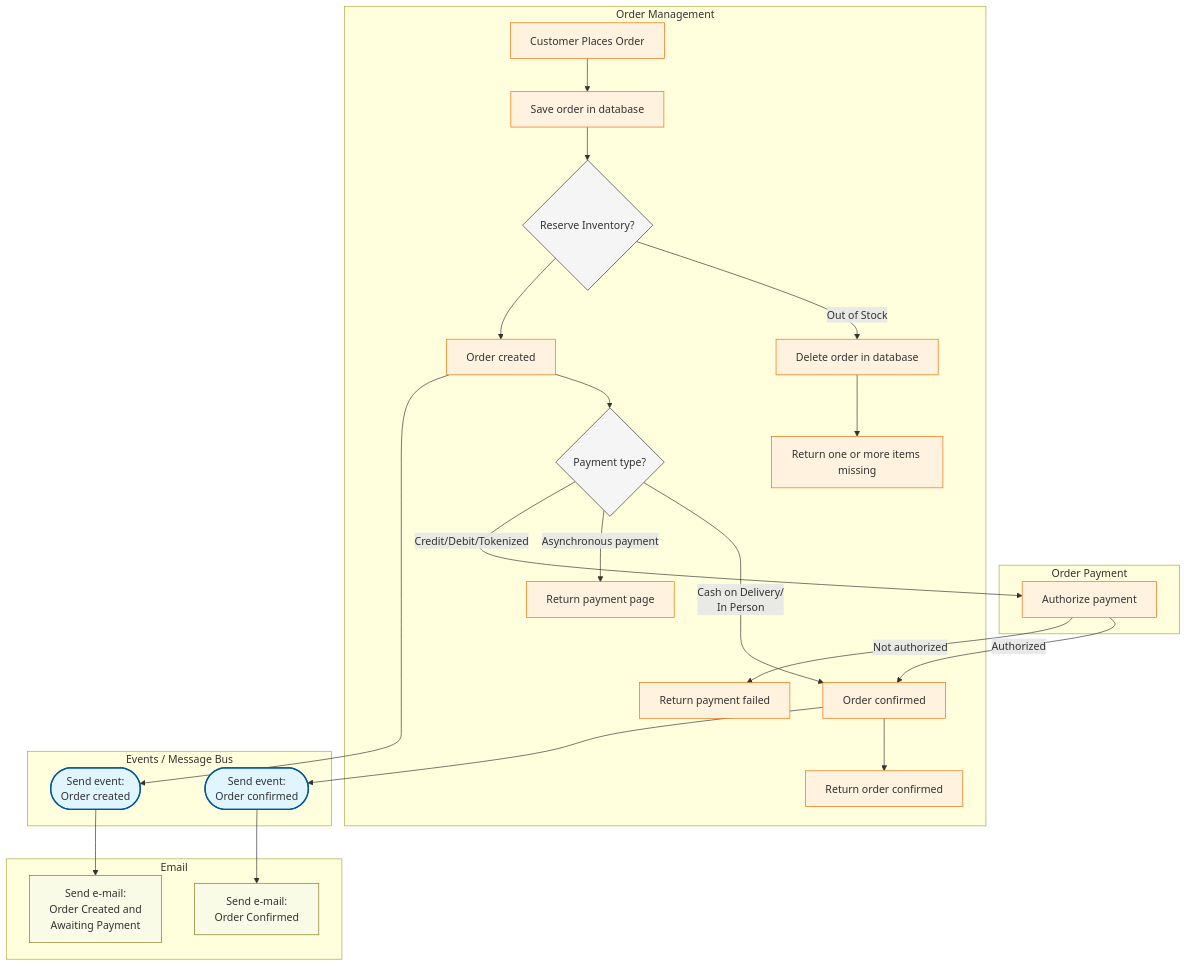
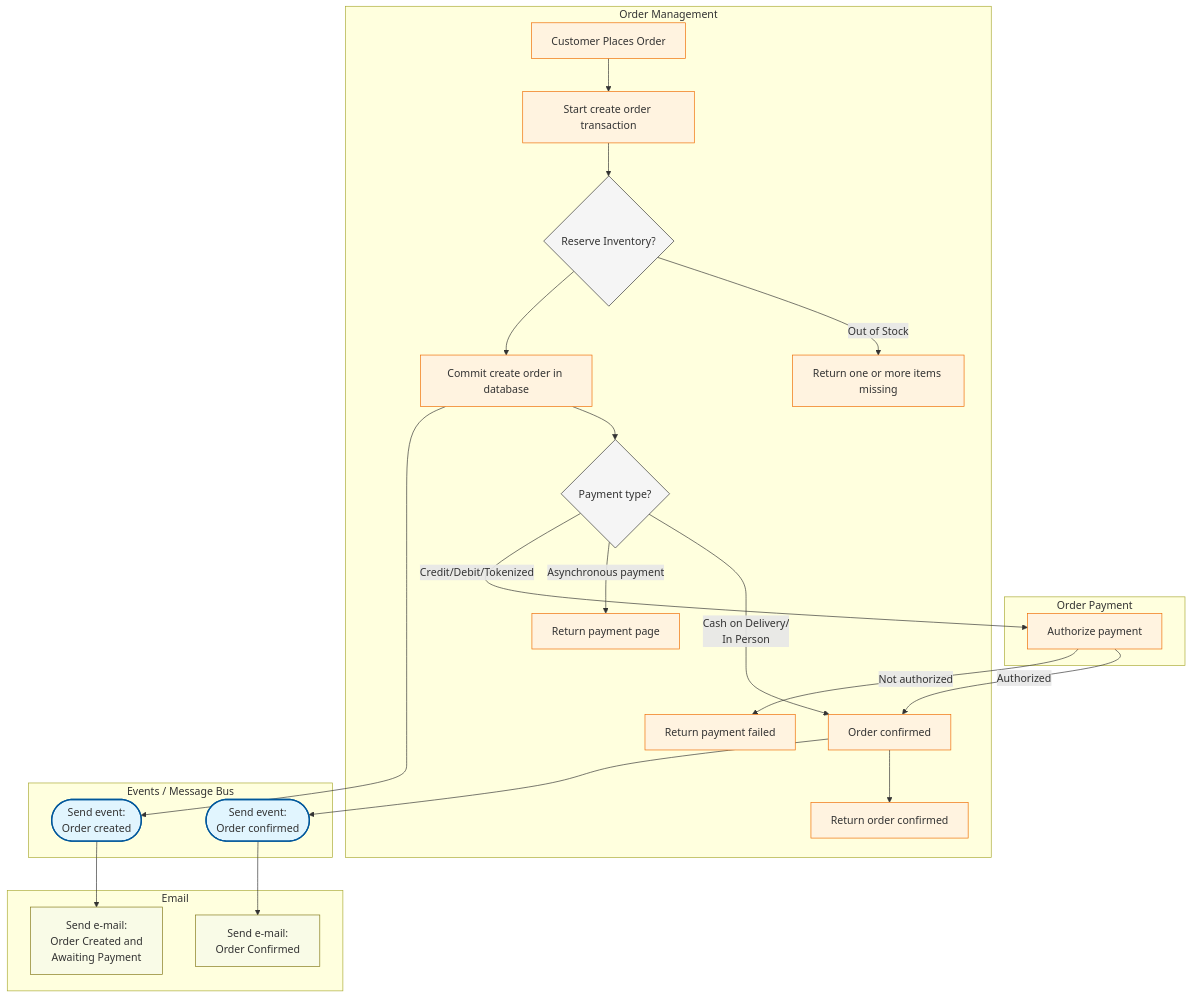
The first of 4 diagrams in README.md (RobertoFreireDev/Order-Management), drawn with Mermaid before and after one commit.

Commit message:
add transaction for db

````diff
--- a/README.md
+++ b/README.md
@@ -5,49 +5,48 @@
 ```mermaid
 flowchart TD
     %% Subgraph Styling
     classDef event fill:#e1f5fe,stroke:#01579b,stroke-width:2px;
     classDef logic fill:#f5f5f5,stroke:#333,stroke-width:1px;
     classDef order fill:#fff3e0,stroke:#ef6c00,stroke-width:1px;
     classDef note fill:#f9fbe7,stroke:#827717,stroke-width:1px;
 
     subgraph Order_Payment [Order Payment]
         D5[Authorize payment]
     end
 
     subgraph Order_Creation [Order Management]
-        A[Customer Places Order] --> A1[Save order in database]
+        A[Customer Places Order] --> A1[Start create order transaction]
         A1 --> B{Reserve Inventory?}
-        B -->|Out of Stock| B1[Delete order in database]
-        B1 --> C[Return one or more items missing]
-        B --> B2[Order created]
+        B -->|Out of Stock| C[Return one or more items missing]
+        B --> B2[Commit create order in database]
         B2 --> D2{Payment type?}
         D2--> |"Cash on Delivery/<br/>In Person"| D1[Order confirmed]       
         D5 --> |"Authorized"| D1
         D5 --> |"Not authorized"| D6[Return payment failed]
         D2 --> |"Asynchronous payment"| E1[Return payment page]
         D1--> D3[Return order confirmed]
     end
 
     subgraph Events [Events / Message Bus]
         H([Send event:<br/>Order confirmed])
         H1([Send event:<br/>Order created])
     end
 
     subgraph Email [Email]
         I[Send e-mail: <br/>Order Confirmed]
         I1[Send e-mail: <br/>Order Created and<br/>Awaiting Payment]
     end
 
     %% Logic to Events
     H --> I
     H1 --> I1
     D2 --> |"Credit/Debit/Tokenized"| D5
     D1 --> H
     B2 --> H1
 
     %% Class Assignments
     class H,H1 event;
     class B,D2 logic;
     class A,A1,B1,B2,C,D,D1,D3,E1,D4,D5,D6 order;
     class I,I1 note;
 ```
````
